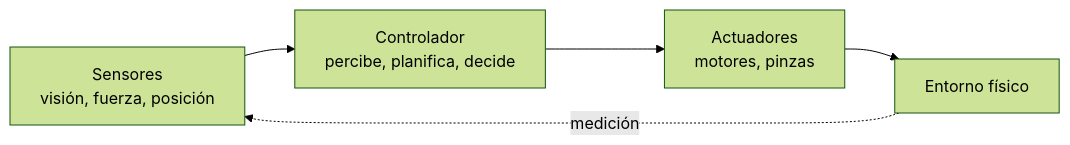
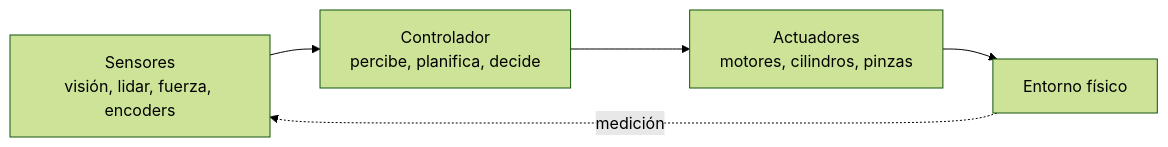
Before and after one commit to jmperez-profesor/mia: the first of 3 diagrams in docs/bloques/B04_RA4/apuntes.md, drawn with Mermaid (forest theme). The commit also changed other lines of this file and 14 other files, not shown here.

````diff
--- a/docs/bloques/B04_RA4/apuntes.md
+++ b/docs/bloques/B04_RA4/apuntes.md
@@ -47,7 +62,7 @@
 ```mermaid
 flowchart LR
-    S[Sensores<br/>visión, fuerza, posición] --> C[Controlador<br/>percibe, planifica, decide]
-    C --> A[Actuadores<br/>motores, pinzas]
+    S[Sensores<br/>visión, lidar, fuerza, encoders] --> C[Controlador<br/>percibe, planifica, decide]
+    C --> A[Actuadores<br/>motores, cilindros, pinzas]
     A --> E[Entorno físico]
     E -. medición .-> S
 ```
````
